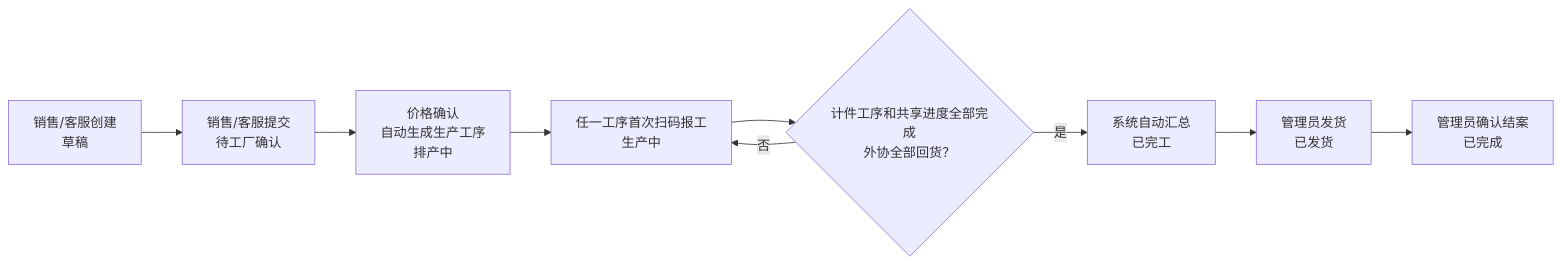
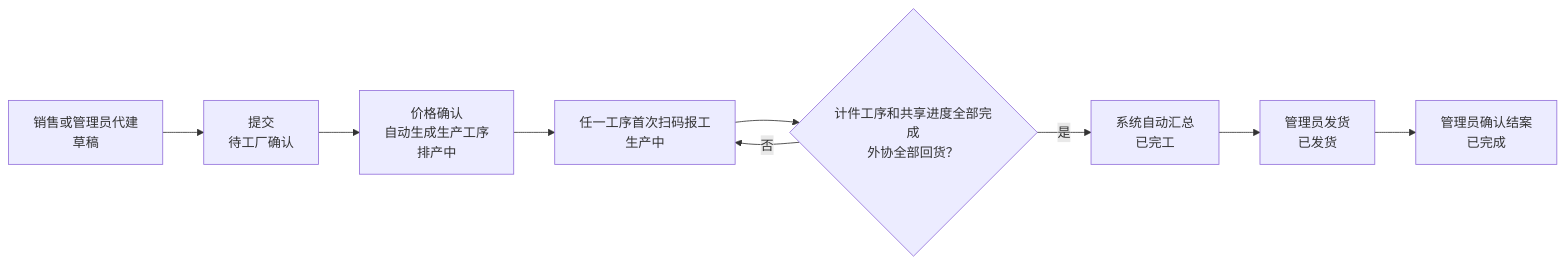
One commit to zora4523-bot/print-shop-erp changed the first of 4 diagrams in docs/管理后台使用手册.md. Above: the diagram before and after it, drawn with Mermaid. The commit also changed other lines of this file and 69 other files, not shown here.

First line of the commit message:
feat(schema): 删除客服角色、客服工资体系表与内部/工厂直单结算，迁移遇到业务引用即中止（SPEC §2.2、§5.3）

````diff
--- a/docs/管理后台使用手册.md
+++ b/docs/管理后台使用手册.md
@@ -153,20 +136,20 @@
 ```mermaid
 flowchart LR
-    A["销售/客服创建<br/>草稿"]
-    B["销售/客服提交<br/>待工厂确认"]
+    A["销售或管理员代建<br/>草稿"]
+    B["提交<br/>待工厂确认"]
     C["价格确认<br/>自动生成生产工序<br/>排产中"]
     D["任一工序首次扫码报工<br/>生产中"]
     E{"计件工序和共享进度全部完成<br/>外协全部回货？"}
     F["系统自动汇总<br/>已完工"]
     G["管理员发货<br/>已发货"]
     H["管理员确认结案<br/>已完成"]
 
     A --> B
     B --> C
     C --> D
     D --> E
     E -- "否" --> D
     E -- "是" --> F
     F --> G
     G --> H
 ```
````
